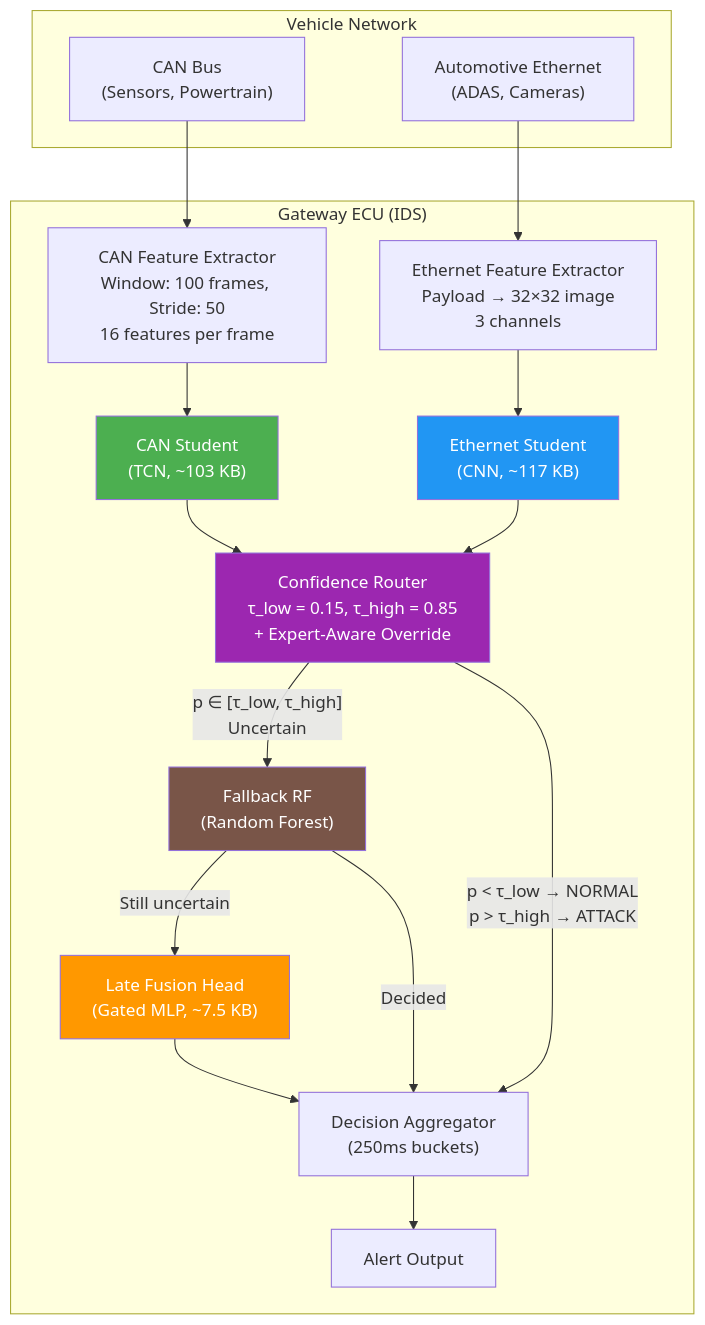
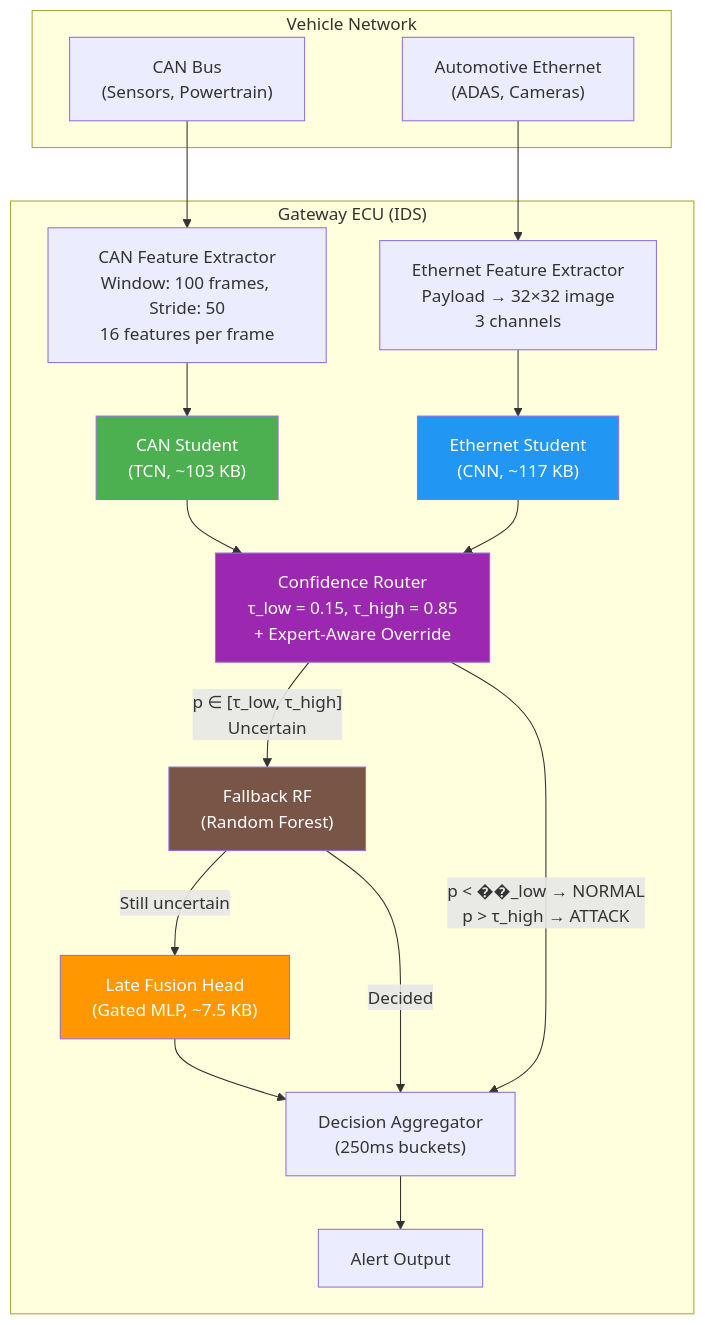
One commit to ningappa-hub/Research_Auto_IDS_DPCR-IDS changed the first of 3 diagrams in research_presentation.md. Above: the diagram before and after it, drawn with Mermaid. The commit also changed other lines of this file, not shown here.

````diff
--- a/research_presentation.md
+++ b/research_presentation.md
@@ -71,32 +71,32 @@
 ```mermaid
 graph TD
     subgraph "Vehicle Network"
         CAN["CAN Bus<br/>(Sensors, Powertrain)"]
         ETH["Automotive Ethernet<br/>(ADAS, Cameras)"]
     end
 
     subgraph "Gateway ECU (IDS)"
         CAN --> FE_CAN["CAN Feature Extractor<br/>Window: 100 frames, Stride: 50<br/>16 features per frame"]
         ETH --> FE_ETH["Ethernet Feature Extractor<br/>Payload → 32×32 image<br/>3 channels"]
         
         FE_CAN --> CAN_S["CAN Student<br/>(TCN, ~103 KB)"]
         FE_ETH --> ETH_S["Ethernet Student<br/>(CNN, ~117 KB)"]
         
         CAN_S --> ROUTER["Confidence Router<br/>τ_low = 0.15, τ_high = 0.85<br/>+ Expert-Aware Override"]
         ETH_S --> ROUTER
         
         ROUTER -->|"p ∈ [τ_low, τ_high]<br/>Uncertain"| FALLBACK["Fallback RF<br/>(Random Forest)"]
         FALLBACK -->|"Still uncertain"| FUSION["Late Fusion Head<br/>(Gated MLP, ~7.5 KB)"]
         FALLBACK -->|"Decided"| AGG["Decision Aggregator<br/>(250ms buckets)"]
-        ROUTER -->|"p < τ_low → NORMAL<br/>p > τ_high → ATTACK"| AGG
+        ROUTER -->|"p < ��_low → NORMAL<br/>p > τ_high → ATTACK"| AGG
         
         FUSION --> AGG
         AGG --> ALERT["Alert Output"]
     end
 
     style CAN_S fill:#4CAF50,color:#fff
     style ETH_S fill:#2196F3,color:#fff
     style FUSION fill:#FF9800,color:#fff
     style ROUTER fill:#9C27B0,color:#fff
     style FALLBACK fill:#795548,color:#fff
 ```
````
